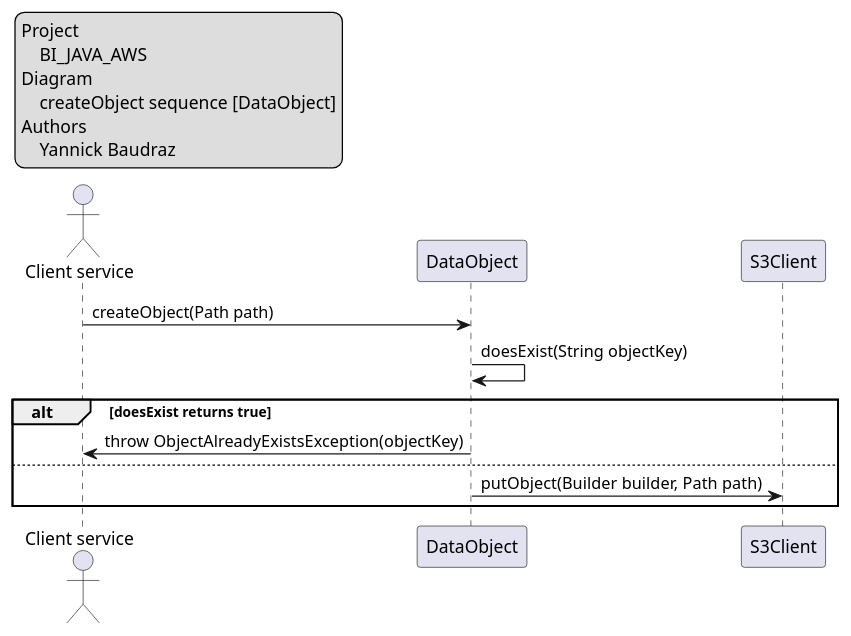
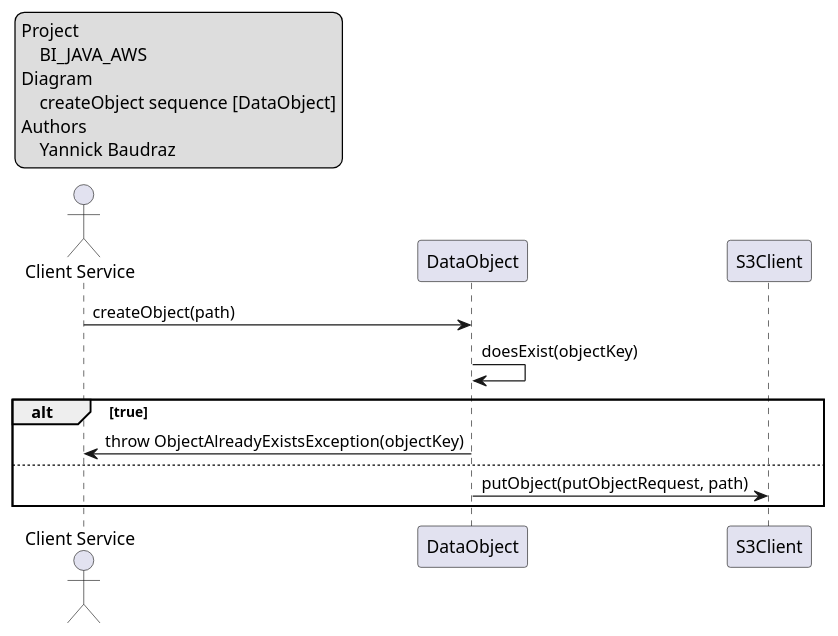
One commit to CPNV-ES-BI/BI_JAVA_AWS changed the diagram in doc/sequences/DataObject_createObject.puml. Above: the diagram before and after it, drawn with PlantUML. The commit also changed 7 other files, not shown here.

Commit message:
Add DataObject sequence diagrams

```diff
--- a/doc/sequences/DataObject_createObject.puml
+++ b/doc/sequences/DataObject_createObject.puml
@@ -1,25 +1,26 @@
-@startuml
+@startuml DataObject_createObject
+'https://plantuml.com/sequence-diagram
 
 legend top left
     Project
         BI_JAVA_AWS
     Diagram
         createObject sequence [DataObject]
     Authors
         Yannick Baudraz
 endlegend
 
-actor "Client service" as CS
+actor "Client Service" as Client
 
-participant "DataObject" as DO
+participant DataObject
 participant S3Client
 
-CS -> DO: createObject(Path path)
-DO -> DO: doesExist(String objectKey)
-alt doesExist returns true
-    DO -> CS: throw ObjectAlreadyExistsException(objectKey)
+Client -> DataObject: createObject(path)
+DataObject -> DataObject: doesExist(objectKey)
+alt true
+    DataObject -> Client: throw ObjectAlreadyExistsException(objectKey)
 else
-    DO -> S3Client: putObject(Builder builder, Path path)
+    DataObject -> S3Client: putObject(putObjectRequest, path)
 end
 
 @enduml
```
